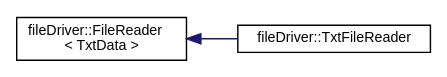
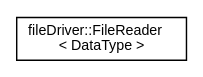
Before and after one commit to aka1ha2n3e/project00: the diagram in document/ドキュメント/inherit_graph_14.dot, drawn with Graphviz. The commit also changed 380 other files, not shown here.

```diff
--- a/document/ドキュメント/inherit_graph_14.dot
+++ b/document/ドキュメント/inherit_graph_14.dot
@@ -1,10 +1,8 @@
 digraph "Graphical Class Hierarchy"
 {
  // LATEX_PDF_SIZE
   edge [fontname="Helvetica",fontsize="10",labelfontname="Helvetica",labelfontsize="10"];
   node [fontname="Helvetica",fontsize="10",shape=record];
   rankdir="LR";
-  Node0 [label="fileDriver::FileReader\l\< TxtData \>",height=0.2,width=0.4,color="black", fillcolor="white", style="filled",URL="$classfileDriver_1_1FileReader.html",tooltip=" "];
-  Node0 -> Node1 [dir="back",color="midnightblue",fontsize="10",style="solid",fontname="Helvetica"];
-  Node1 [label="fileDriver::TxtFileReader",height=0.2,width=0.4,color="black", fillcolor="white", style="filled",URL="$classfileDriver_1_1TxtFileReader.html",tooltip="テキストファイル読み込みクラス"];
+  Node0 [label="fileDriver::FileReader\l\< DataType \>",height=0.2,width=0.4,color="black", fillcolor="white", style="filled",URL="$classfileDriver_1_1FileReader.html",tooltip="ファイル読み込みの抽象基底クラス"];
 }
```
